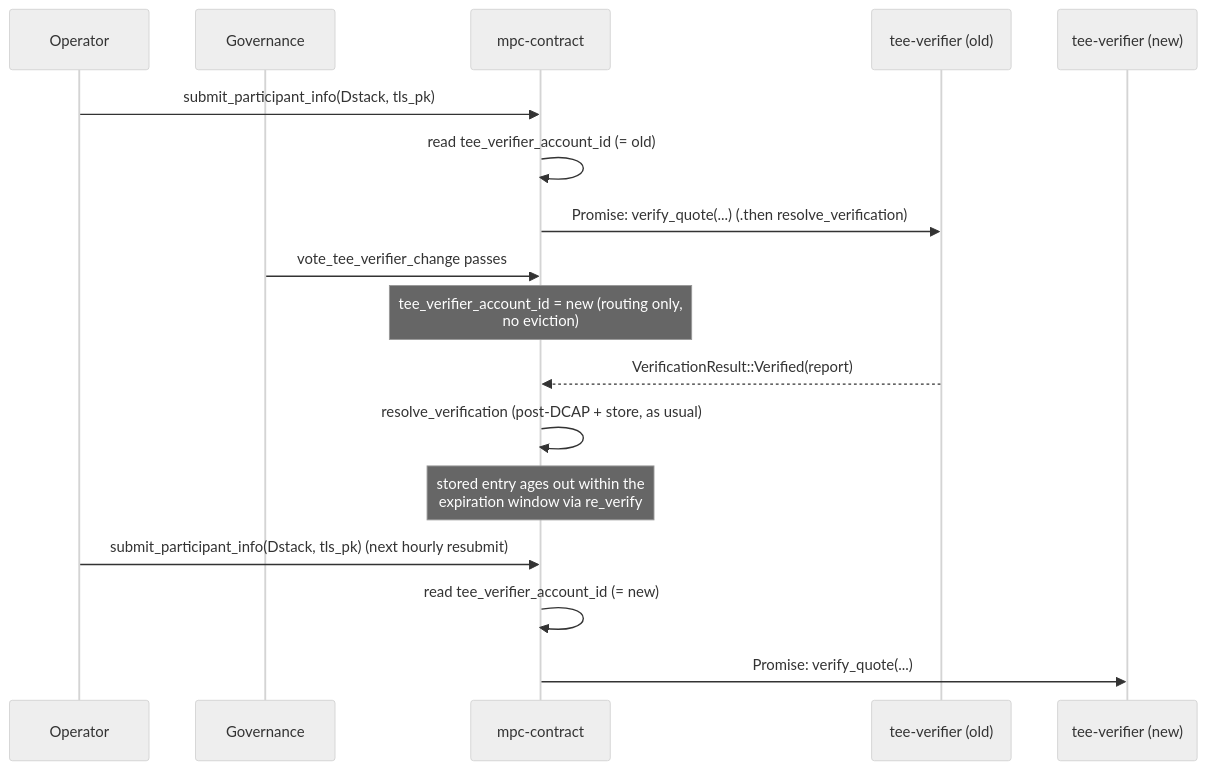
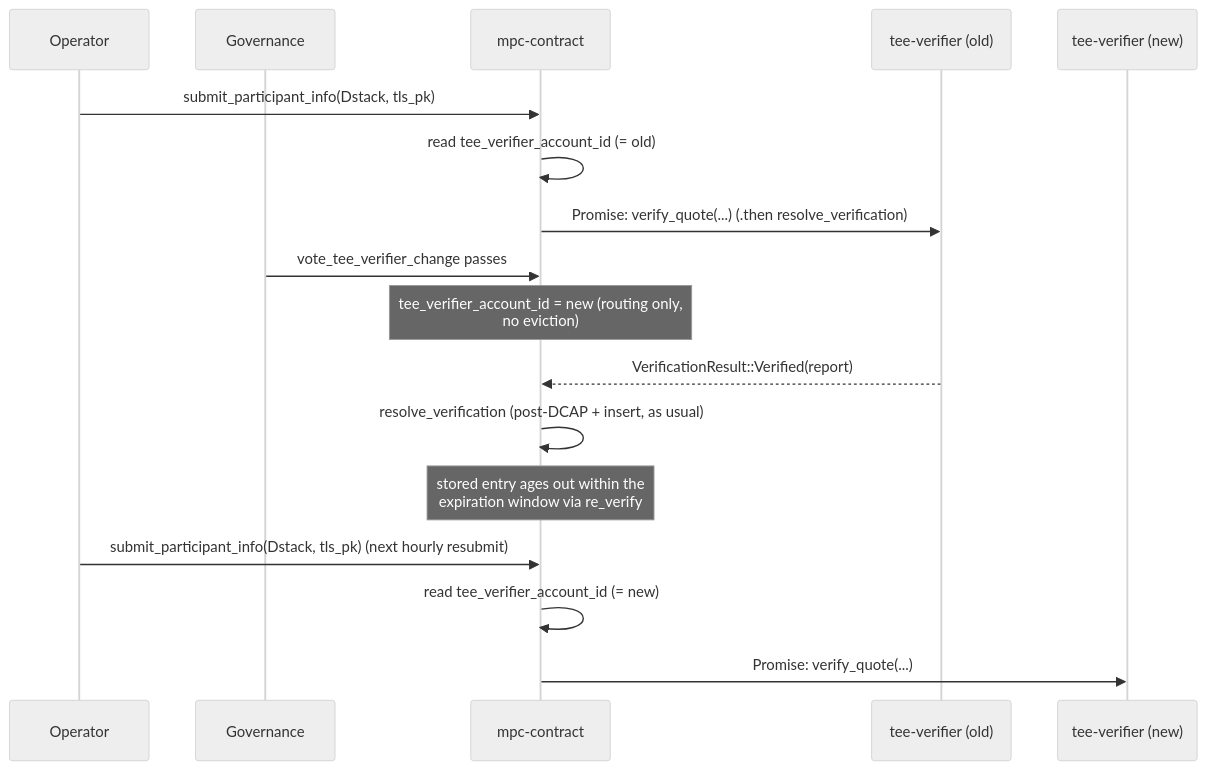
The sixth of 6 diagrams in docs/design/attestation-verifier-contract.md (near/mpc), drawn with Mermaid (neutral theme) before and after one commit. The commit also changed other lines of this file and 2 other files, not shown here.

````diff
--- a/docs/design/attestation-verifier-contract.md
+++ b/docs/design/attestation-verifier-contract.md
@@ -358,23 +358,23 @@
 ```mermaid
 sequenceDiagram
     participant Op as Operator
     participant Gov as Governance
     participant MPC as mpc-contract
     participant VerOld as tee-verifier (old)
     participant VerNew as tee-verifier (new)
 
     Op->>MPC: submit_participant_info(Dstack, tls_pk)
     MPC->>MPC: read tee_verifier_account_id (= old)
     MPC->>VerOld: Promise: verify_quote(...) (.then resolve_verification)
 
     Gov->>MPC: vote_tee_verifier_change passes
     Note over MPC: tee_verifier_account_id = new (routing only,<br/>no eviction)
 
     VerOld-->>MPC: VerificationResult::Verified(report)
-    MPC->>MPC: resolve_verification (post-DCAP + store, as usual)
+    MPC->>MPC: resolve_verification (post-DCAP + insert, as usual)
     Note over MPC: stored entry ages out within the<br/>expiration window via re_verify
 
     Op->>MPC: submit_participant_info(Dstack, tls_pk) (next hourly resubmit)
     MPC->>MPC: read tee_verifier_account_id (= new)
     MPC->>VerNew: Promise: verify_quote(...)
 ```
````
